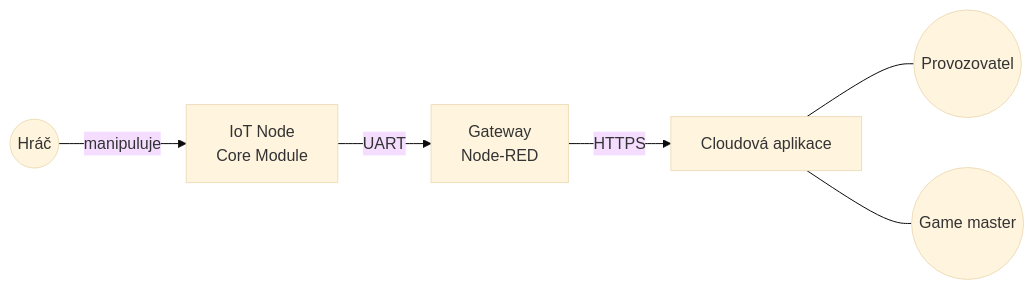
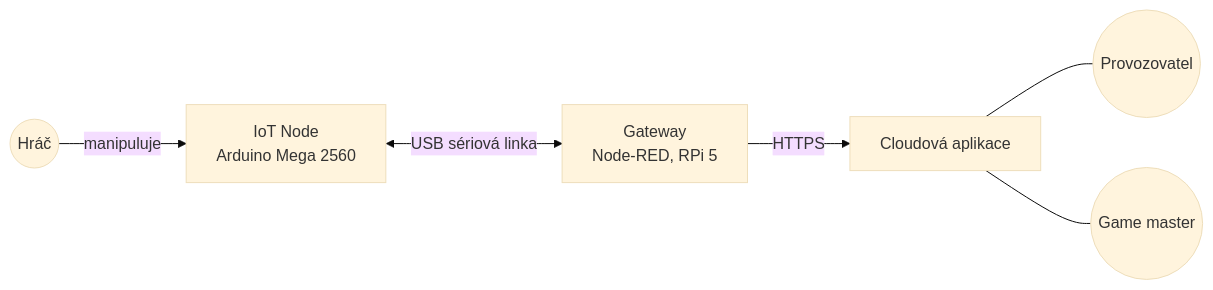
Before and after one commit to BoraY-dev/escape-room-iot: the first of 4 diagrams in docs/02-business-model.md, drawn with Mermaid (base theme). The commit also changed other lines of this file, not shown here.

````diff
--- a/docs/02-business-model.md
+++ b/docs/02-business-model.md
@@ -24,8 +35,8 @@
 ```mermaid
 flowchart LR
-  P((Hráč)) -->|manipuluje| N[IoT Node<br/>Core Module]
-  N -->|UART| G[Gateway<br/>Node-RED]
+  P((Hráč)) -->|manipuluje| N[IoT Node<br/>Arduino Mega 2560]
+  N <-->|USB sériová linka| G[Gateway<br/>Node-RED, RPi 5]
   G -->|HTTPS| C[Cloudová aplikace]
   C --- PR((Provozovatel))
   C --- GM((Game master))
 ```
````
